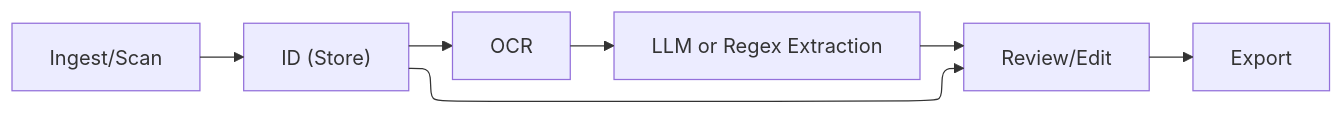
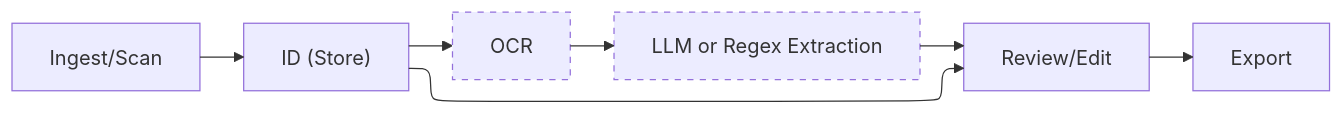
The diagram in README.md (alerque/acceptarium), drawn with Mermaid before and after one commit.

Commit message:
Better annotate that LLM and auto data extraction is optional in flowchart

````diff
--- a/README.md
+++ b/README.md
@@ -15,12 +15,14 @@
 ```mermaid
 ---
 config:
   layout: elk
 ---
 flowchart LR
     A["Ingest/Scan"] --> B["ID (Store)"]
     B --> C["Review/Edit"] & D["OCR"]
     D --> E["LLM or Regex Extraction"]
     E --> C
     C --> F["Export"]
+    style D stroke-dasharray: 5
+    style E stroke-dasharray: 5
 ```
````
